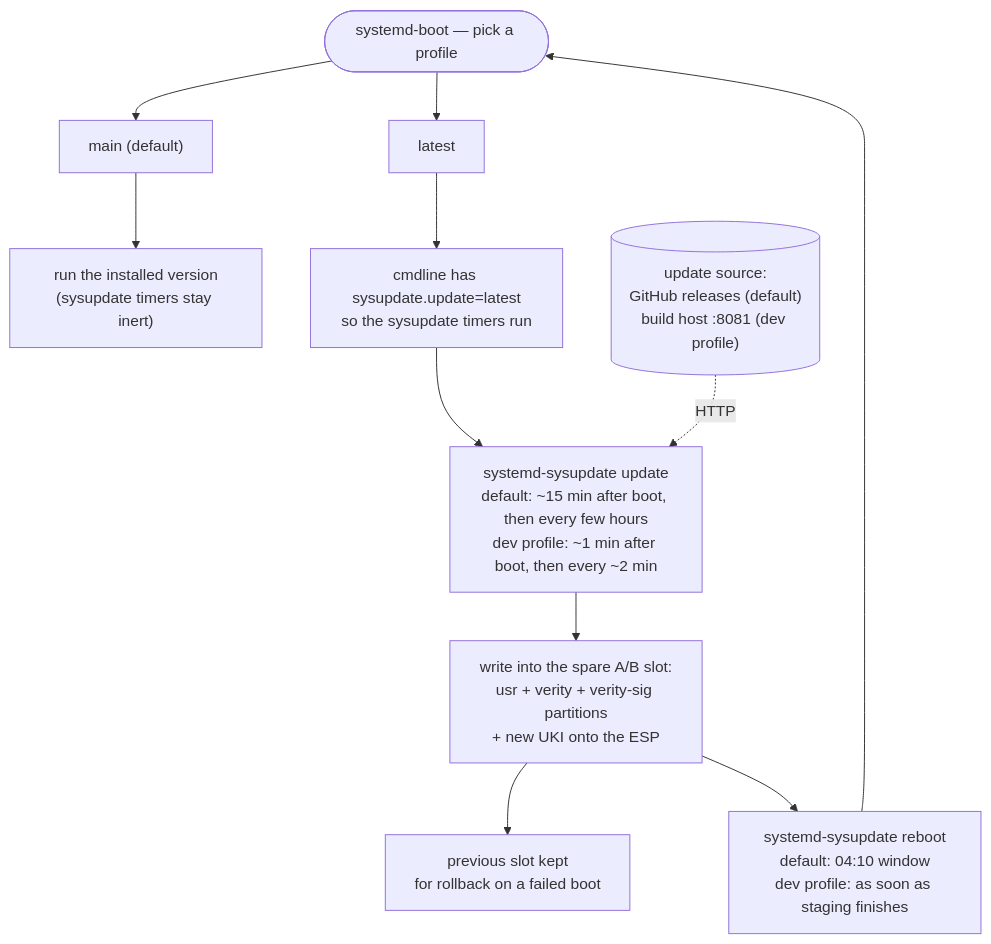
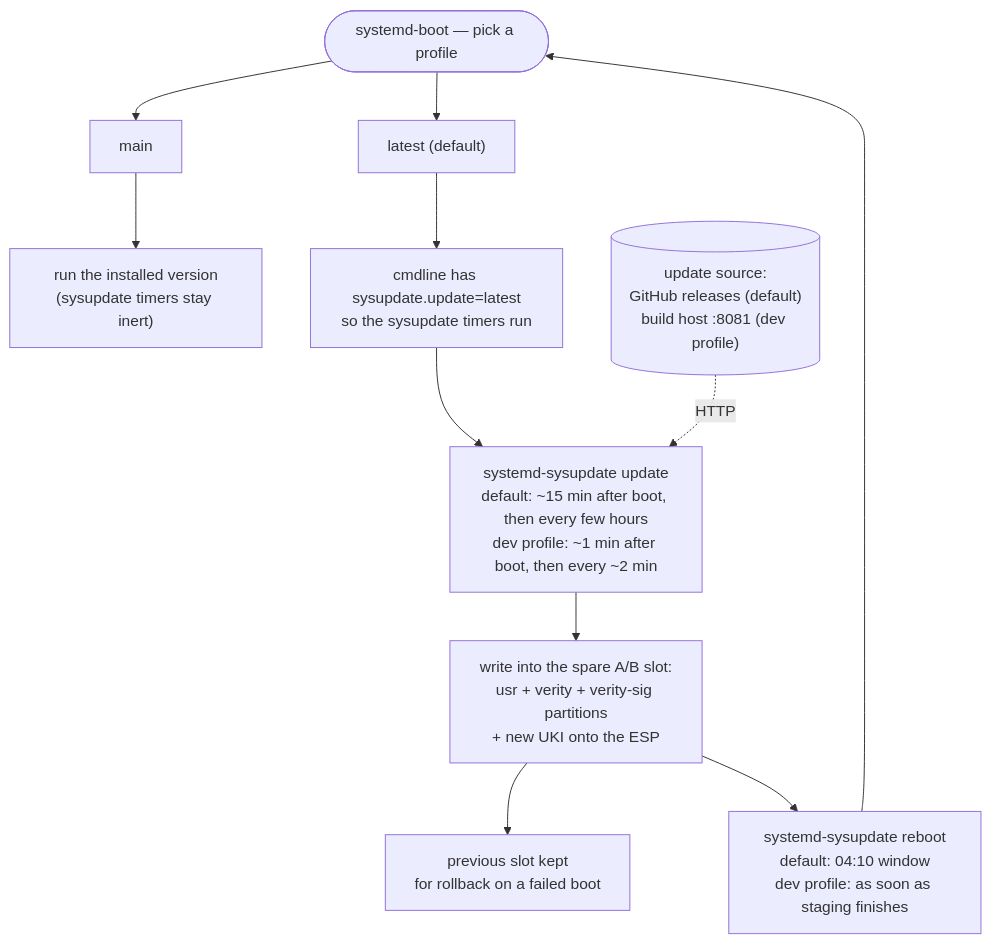
Before and after one commit to valtzu/rpi-mkosi: the first of 2 diagrams in README.md, drawn with Mermaid. The commit also changed other lines of this file and 18 other files, not shown here.

````diff
--- a/README.md
+++ b/README.md
@@ -29,16 +29,16 @@
 ```mermaid
 flowchart TD
     menu(["systemd-boot — pick a profile"])
-    menu --> main["main (default)"]
-    menu --> latest["latest"]
+    menu --> main["main"]
+    menu --> latest["latest (default)"]
 
     main --> idle["run the installed version<br/>(sysupdate timers stay inert)"]
 
     latest --> gate["cmdline has sysupdate.update=latest<br/>so the sysupdate timers run"]
     gate --> upd["systemd-sysupdate update<br/>default: ~15 min after boot, then every few hours<br/>dev profile: ~1 min after boot, then every ~2 min"]
     src[("update source:<br/>GitHub releases (default)<br/>build host :8081 (dev profile)")] -. HTTP .-> upd
     upd --> slot["write into the spare A/B slot:<br/>usr + verity + verity-sig partitions<br/>+ new UKI onto the ESP"]
     slot --> keep["previous slot kept<br/>for rollback on a failed boot"]
     slot --> reb["systemd-sysupdate reboot<br/>default: 04:10 window<br/>dev profile: as soon as staging finishes"]
     reb --> menu
 ```
````
